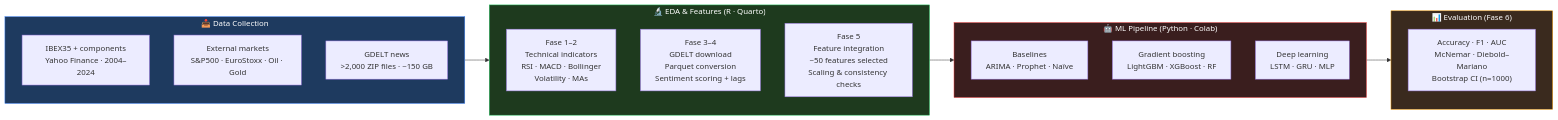
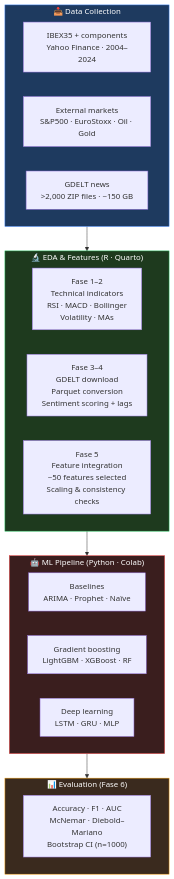
One commit to SLopezBegines/SLopezBegines.github.io changed the diagram in _projects/ibex35-prediction.md. Above: the diagram before and after it, drawn with Mermaid.

Commit message:
Change IBEX35 workflow diagram to vertical layout (TD)

````diff
--- a/_projects/ibex35-prediction.md
+++ b/_projects/ibex35-prediction.md
@@ -38,31 +38,31 @@
 ```mermaid
-flowchart LR
+flowchart TD
     subgraph Data ["📥 Data Collection"]
         A1["IBEX35 + components\nYahoo Finance · 2004–2024"]
         A2["External markets\nS&P500 · EuroStoxx · Oil · Gold"]
         A3["GDELT news\n>2,000 ZIP files · ~150 GB"]
     end
 
     subgraph EDA ["🔬 EDA & Features (R · Quarto)"]
         B1["Fase 1–2\nTechnical indicators\nRSI · MACD · Bollinger\nVolatility · MAs"]
         B2["Fase 3–4\nGDELT download\nParquet conversion\nSentiment scoring + lags"]
         B3["Fase 5\nFeature integration\n~50 features selected\nScaling & consistency checks"]
     end
 
     subgraph ML ["🤖 ML Pipeline (Python · Colab)"]
         C1["Baselines\nARIMA · Prophet · Naïve"]
         C2["Gradient boosting\nLightGBM · XGBoost · RF"]
         C3["Deep learning\nLSTM · GRU · MLP"]
     end
 
     subgraph Eval ["📊 Evaluation (Fase 6)"]
         D1["Accuracy · F1 · AUC\nMcNemar · Diebold–Mariano\nBootstrap CI (n=1000)"]
     end
 
     Data --> EDA --> ML --> Eval
 
     style Data fill:#1e3a5f,color:#fff,stroke:#3b82f6
     style EDA fill:#1e3a1e,color:#fff,stroke:#22c55e
     style ML fill:#3a1e1e,color:#fff,stroke:#ef4444
     style Eval fill:#3a2a1e,color:#fff,stroke:#f59e0b
 ```
````
